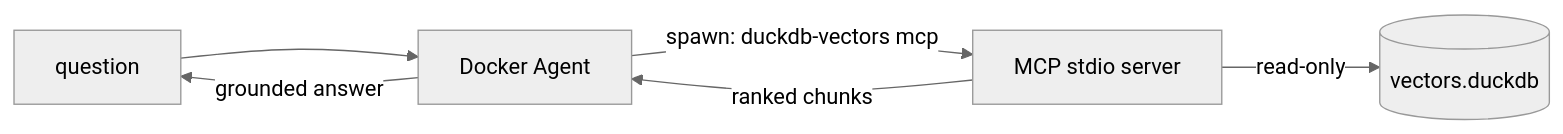
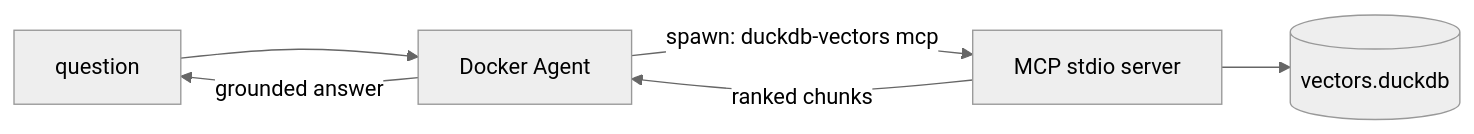
Before and after one commit to bernard357/duckdb-vectors: the diagram in documentation/docker-agent-guide.md, drawn with Mermaid (neutral theme). The commit also changed other lines of this file and 41 other files, not shown here.

First line of the commit message:
refactor!: remove the read-only store concept package-wide

````diff
--- a/documentation/docker-agent-guide.md
+++ b/documentation/docker-agent-guide.md
@@ -11,8 +11,8 @@
 ```mermaid
 flowchart LR
     User[question] --> Agent[Docker Agent]
     Agent -->|spawn: duckdb-vectors mcp| MCP[MCP stdio server]
-    MCP -->|read-only| DB[(vectors.duckdb)]
+    MCP --> DB[(vectors.duckdb)]
     MCP -->|ranked chunks| Agent
     Agent -->|grounded answer| User
 ```
````
